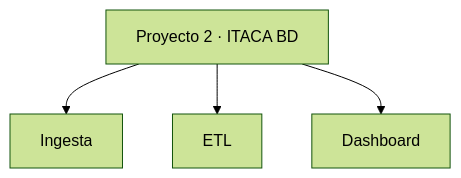
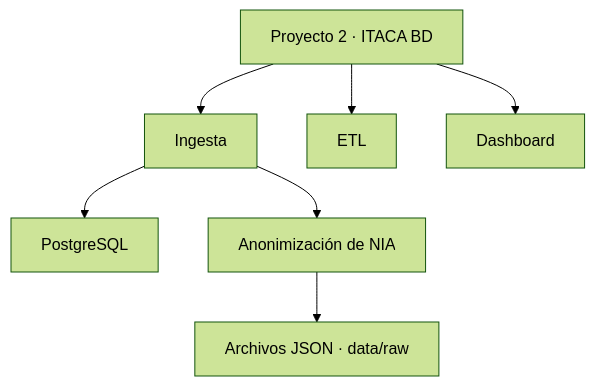
Before and after one commit to AndreuAlfonsoIABD/bigdata-p2-itaca-bd: the diagram in README.md, drawn with Mermaid (forest theme). The commit also changed other lines of this file and 5 other files, not shown here.

````diff
--- a/README.md
+++ b/README.md
@@ -11,7 +11,11 @@
 ```mermaid
 flowchart TD
     A[Proyecto 2 · ITACA BD]
     A --> B[Ingesta]
     A --> C[ETL]
     A --> D[Dashboard]
+
+    B --> E[PostgreSQL]
+    B --> F[Anonimización de NIA]
+    F --> G[Archivos JSON · data/raw]
 ```
````
